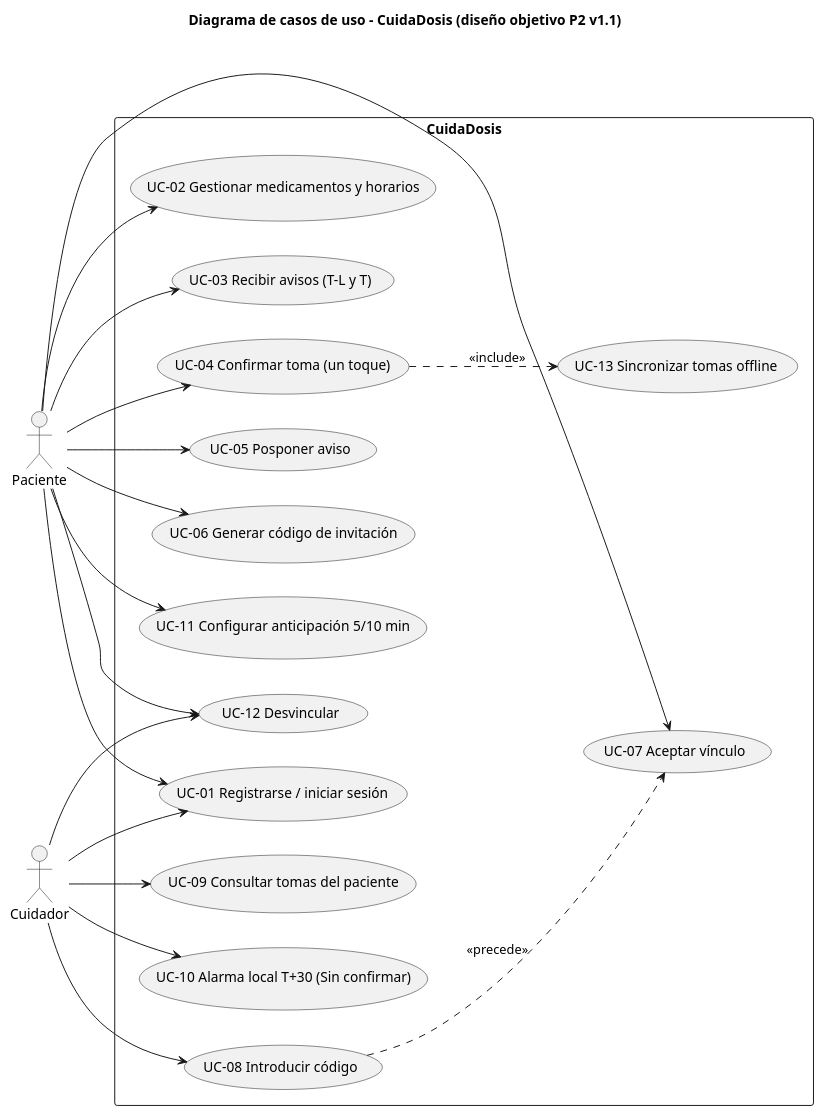
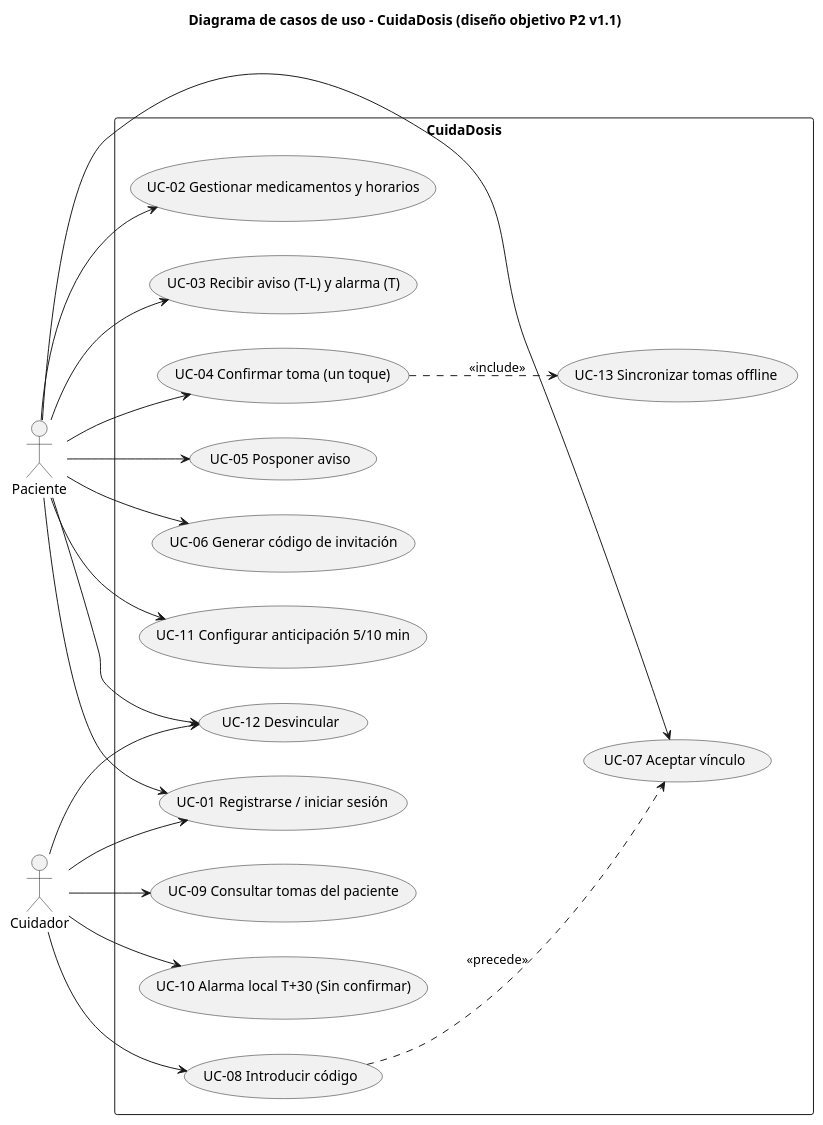
One commit to AlfonsoRE/CuidaDosis changed the diagram in docs/diagramas/01_casos_uso.puml. Above: the diagram before and after it, drawn with PlantUML. The commit also changed 9 other files, not shown here.

```diff
--- a/docs/diagramas/01_casos_uso.puml
+++ b/docs/diagramas/01_casos_uso.puml
@@ -1,38 +1,38 @@
 @startuml
 title Diagrama de casos de uso - CuidaDosis (diseño objetivo P2 v1.1)
 left to right direction
 skinparam shadowing false
 actor "Paciente" as P
 actor "Cuidador" as C
 rectangle "CuidaDosis" {
   usecase "UC-01 Registrarse / iniciar sesión" as U1
   usecase "UC-02 Gestionar medicamentos y horarios" as U2
-  usecase "UC-03 Recibir avisos (T-L y T)" as U3
+  usecase "UC-03 Recibir aviso (T-L) y alarma (T)" as U3
   usecase "UC-04 Confirmar toma (un toque)" as U4
   usecase "UC-05 Posponer aviso" as U5
   usecase "UC-06 Generar código de invitación" as U6
   usecase "UC-07 Aceptar vínculo" as U7
   usecase "UC-08 Introducir código" as U8
   usecase "UC-09 Consultar tomas del paciente" as U9
   usecase "UC-10 Alarma local T+30 (Sin confirmar)" as U10
   usecase "UC-11 Configurar anticipación 5/10 min" as U11
   usecase "UC-12 Desvincular" as U12
   usecase "UC-13 Sincronizar tomas offline" as U13
 }
 P --> U1
 P --> U2
 P --> U3
 P --> U4
 P --> U5
 P --> U6
 P --> U7
 P --> U11
 P --> U12
 C --> U1
 C --> U8
 C --> U9
 C --> U10
 C --> U12
 U4 ..> U13 : <<include>>
 U8 ..> U7 : <<precede>>
 @enduml
```
